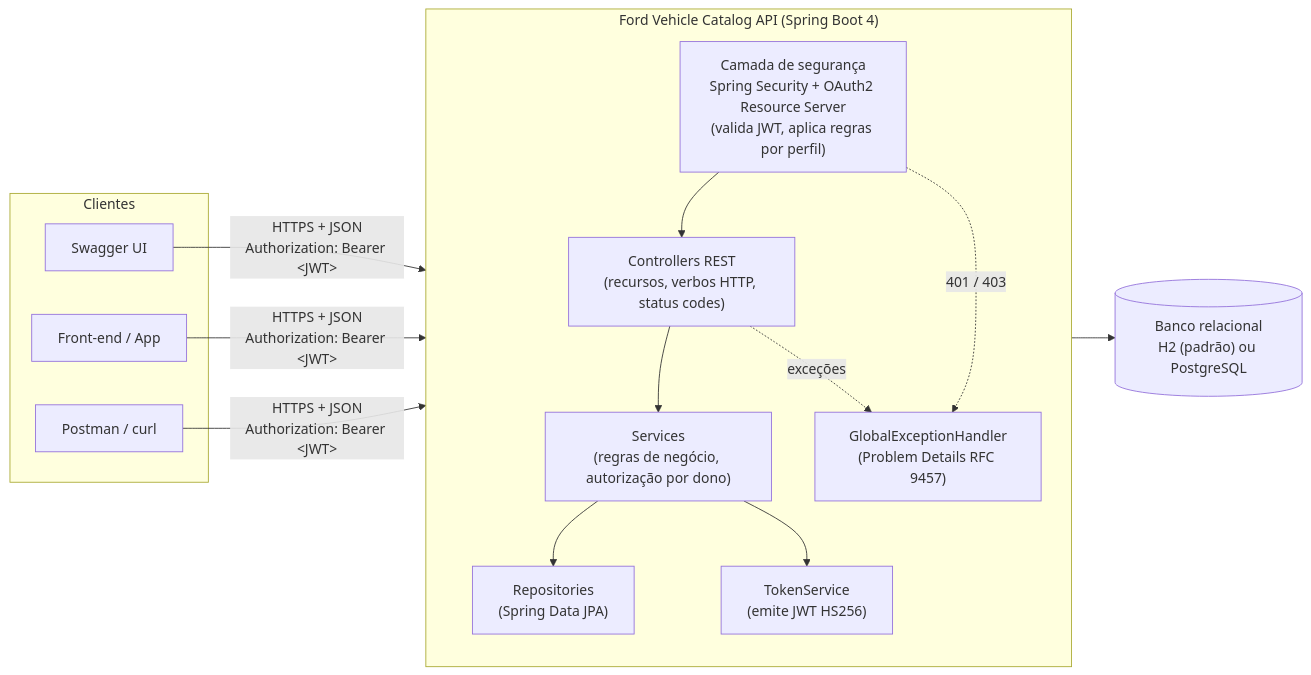
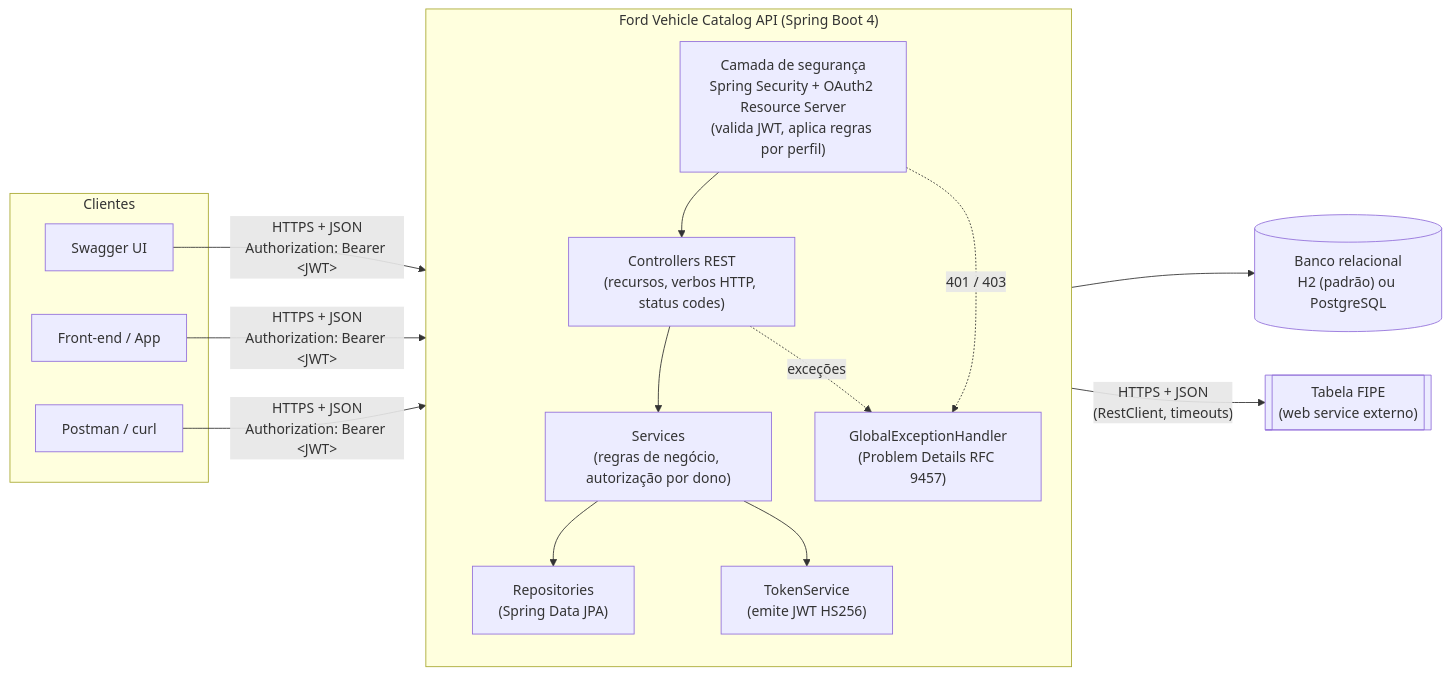
Before and after one commit to jvsantos-dev/ApiVehicles: the first of 4 diagrams in docs/ARQUITETURA.md, drawn with Mermaid. The commit also changed other lines of this file and 24 other files, not shown here.

````diff
--- a/docs/ARQUITETURA.md
+++ b/docs/ARQUITETURA.md
@@ -9,27 +9,29 @@
 ```mermaid
 flowchart LR
     subgraph Clientes
         SW[Swagger UI]
         FE[Front-end / App]
         PM[Postman / curl]
     end
 
     subgraph API["Ford Vehicle Catalog API (Spring Boot 4)"]
         direction TB
         SEC["Camada de segurança<br/>Spring Security + OAuth2 Resource Server<br/>(valida JWT, aplica regras por perfil)"]
         CTRL["Controllers REST<br/>(recursos, verbos HTTP, status codes)"]
         SRV["Services<br/>(regras de negócio, autorização por dono)"]
         REPO["Repositories<br/>(Spring Data JPA)"]
         ERR["GlobalExceptionHandler<br/>(Problem Details RFC 9457)"]
         TOK["TokenService<br/>(emite JWT HS256)"]
         SEC --> CTRL --> SRV --> REPO
         CTRL -. exceções .-> ERR
         SEC -. 401 / 403 .-> ERR
         SRV --> TOK
     end
 
     DB[("Banco relacional<br/>H2 (padrão) ou PostgreSQL")]
+    FIPE[["Tabela FIPE<br/>(web service externo)"]]
 
     SW & FE & PM -- "HTTPS + JSON<br/>Authorization: Bearer &lt;JWT&gt;" --> SEC
     REPO --> DB
+    SRV -- "HTTPS + JSON<br/>(RestClient, timeouts)" --> FIPE
 ```
````
